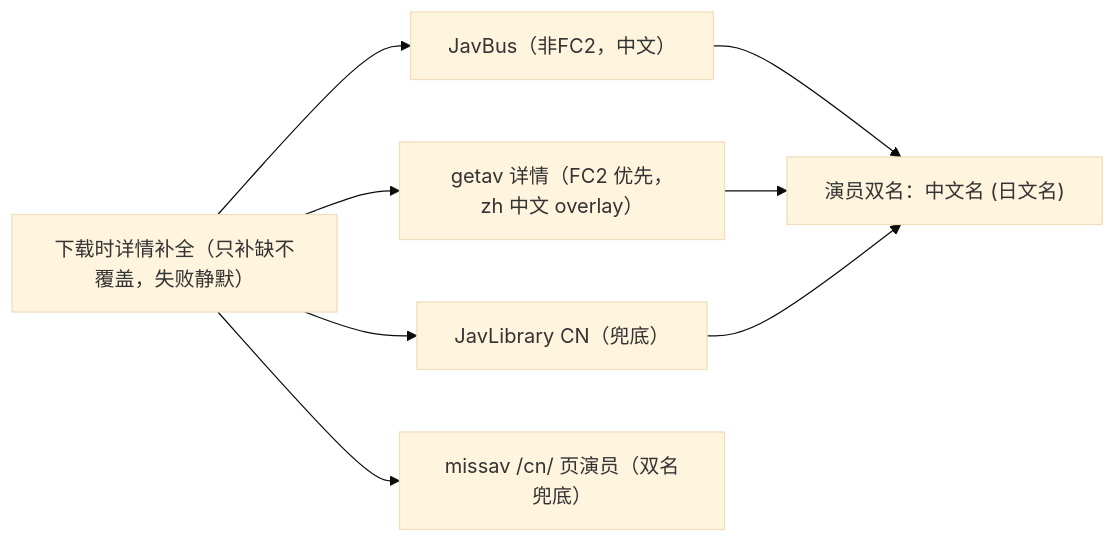
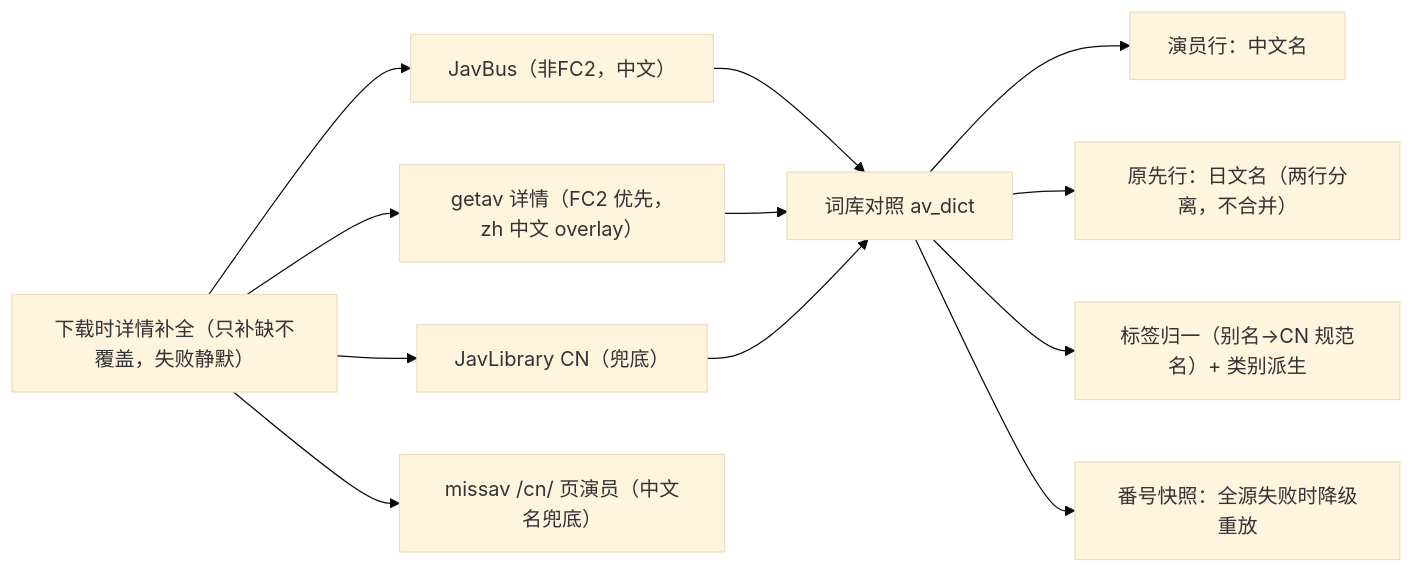
The second of 2 diagrams in README.md (paceyw/Save-Restricted-Bot-Chinese), drawn with Mermaid (base theme) before and after one commit. The commit also changed other lines of this file and 12 other files, not shown here.

````diff
--- a/README.md
+++ b/README.md
@@ -269,10 +271,14 @@
 ```mermaid
 flowchart LR
     D["下载时详情补全（只补缺不覆盖，失败静默）"] --> J["JavBus（非FC2，中文）"]
     D --> G["getav 详情（FC2 优先，zh 中文 overlay）"]
     D --> L["JavLibrary CN（兜底）"]
-    D --> C["missav /cn/ 页演员（双名兜底）"]
-    J --> PA["演员双名：中文名 (日文名)"]
-    G --> PA
-    L --> PA
+    D --> C["missav /cn/ 页演员（中文名兜底）"]
+    J --> V["词库对照 av_dict"]
+    G --> V
+    L --> V
+    V --> CN["演员行：中文名"]
+    V --> JP["原先行：日文名（两行分离，不合并）"]
+    V --> T["标签归一（别名→CN 规范名）+ 类别派生"]
+    V --> S["番号快照：全源失败时降级重放"]
 ```
````
